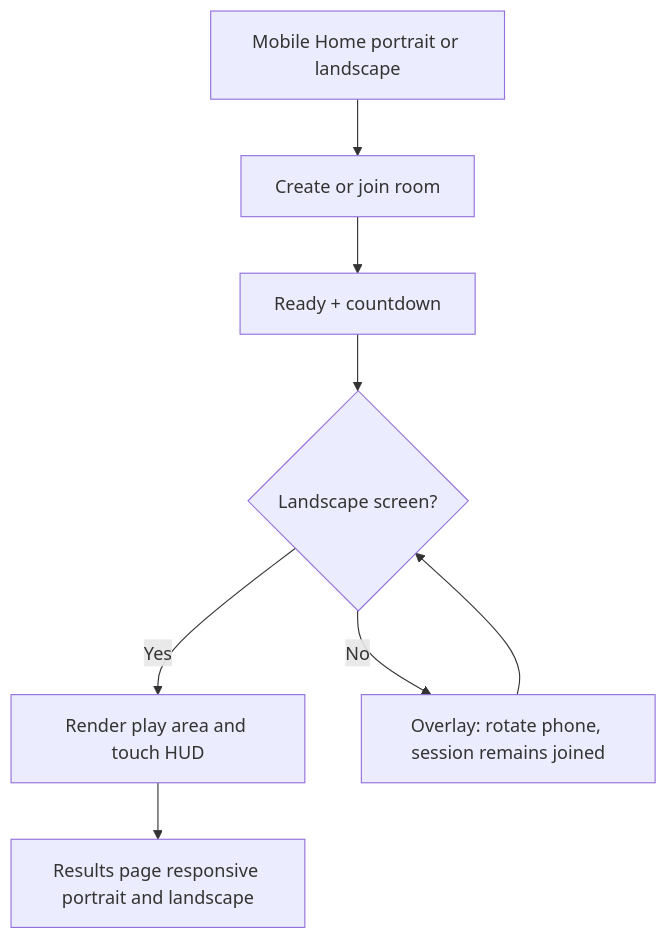
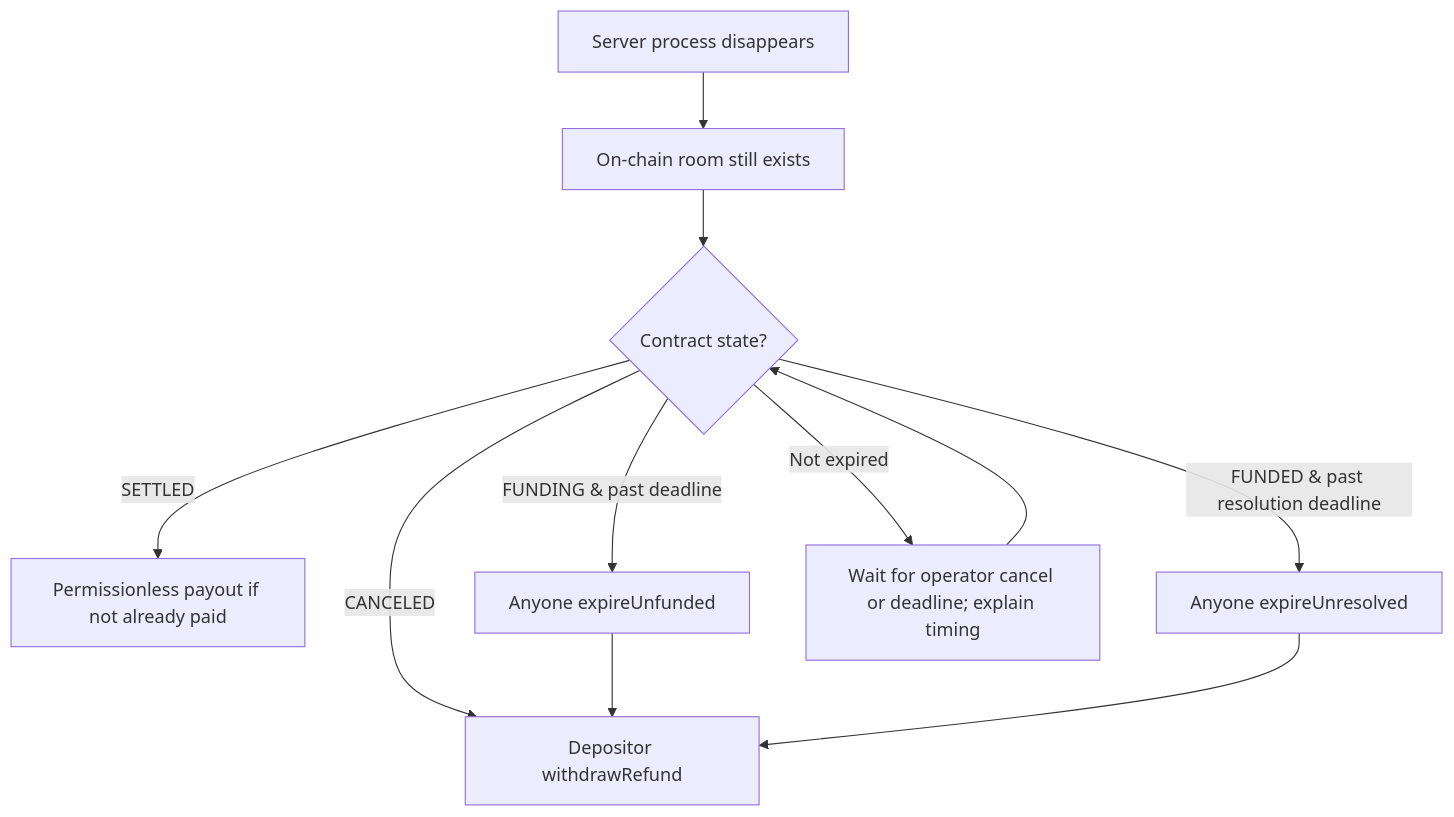
Before and after one commit to Prasetyant0/Bomb-Rush: the third of 4 diagrams in bomb-rush-docs/FLOWCHART.md, drawn with Mermaid. The commit also changed other lines of this file and 22 other files, not shown here.

First line of the commit message:
docs: sync spec pack to v0.5 (testnet pool architecture)

````diff
--- a/bomb-rush-docs/FLOWCHART.md
+++ b/bomb-rush-docs/FLOWCHART.md
@@ -144,10 +47,11 @@
 ```mermaid
 flowchart TD
-  Home[Mobile Home portrait or landscape] --> Lobby[Create or join room]
-  Lobby --> Count[Ready + countdown]
-  Count --> O{Landscape screen?}
-  O -->|Yes| Arena[Render play area and touch HUD]
-  O -->|No| Prompt[Overlay: rotate phone, session remains joined]
-  Prompt --> O
-  Arena --> End[Results page responsive portrait and landscape]
+  R[Server process disappears] --> CH[On-chain room still exists]
+  CH --> S{Contract state?}
+  S -->|SETTLED| P[Permissionless payout if not already paid]
+  S -->|CANCELED| RF[Depositor withdrawRefund]
+  S -->|FUNDING & past deadline| E1[Anyone expireUnfunded] --> RF
+  S -->|FUNDED & past resolution deadline| E2[Anyone expireUnresolved] --> RF
+  S -->|Not expired| WAIT[Wait for operator cancel or deadline; explain timing]
+  WAIT --> S
 ```
````
